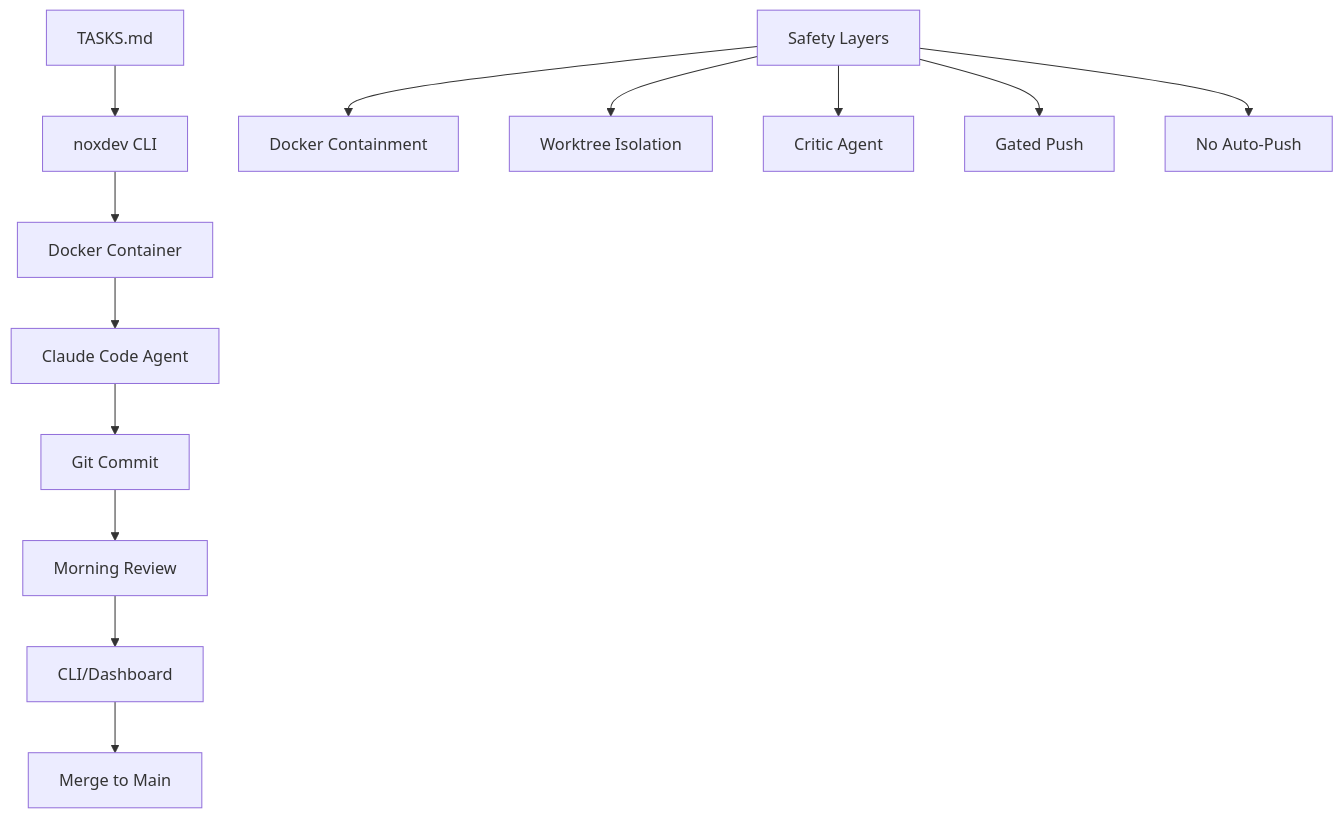
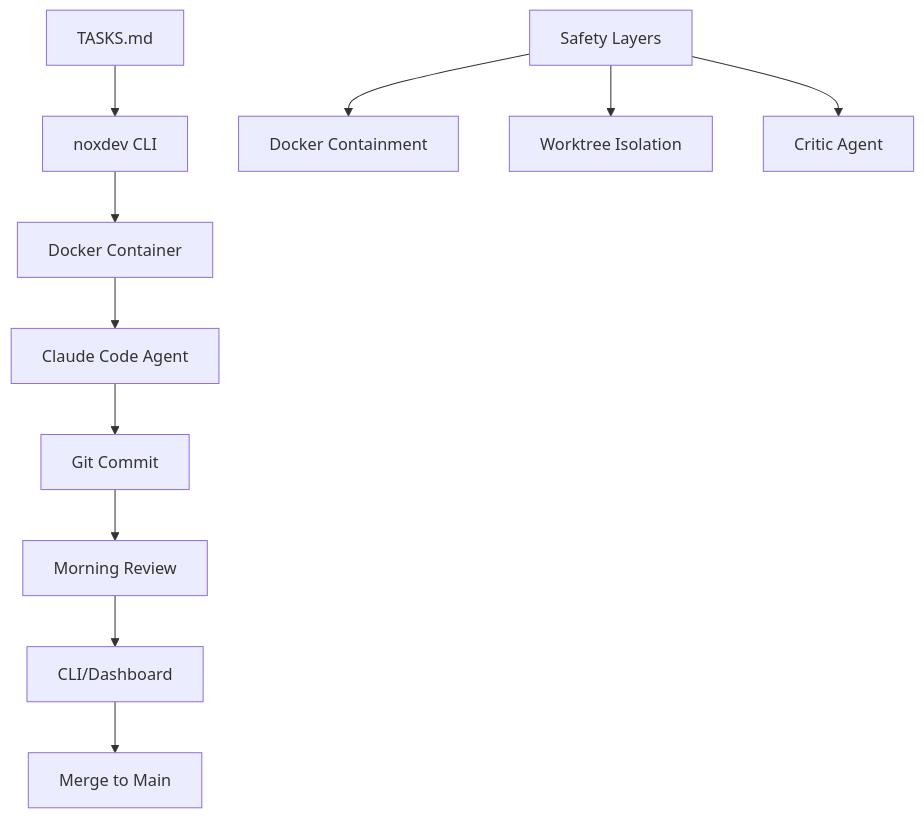
Before and after one commit to eugeneorlov/noxdev: the diagram in README.md, drawn with Mermaid. The commit also changed other lines of this file and 13 other files, not shown here.

Commit message:
noxdev(T1): Remove PUSH parsing, schema, display, and docs

````diff
--- a/README.md
+++ b/README.md
@@ -84,17 +74,15 @@
 ```mermaid
 graph TB
     A[TASKS.md] --> B[noxdev CLI]
     B --> C[Docker Container]
     C --> D[Claude Code Agent]
     D --> E[Git Commit]
     E --> F[Morning Review]
     F --> G[CLI/Dashboard]
     G --> H[Merge to Main]
 
     I[Safety Layers]
     I --> J[Docker Containment]
     I --> K[Worktree Isolation]
     I --> L[Critic Agent]
-    I --> M[Gated Push]
-    I --> N[No Auto-Push]
 ```
````
